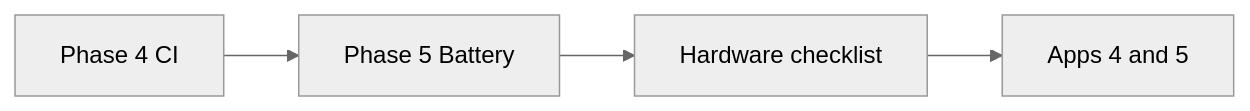
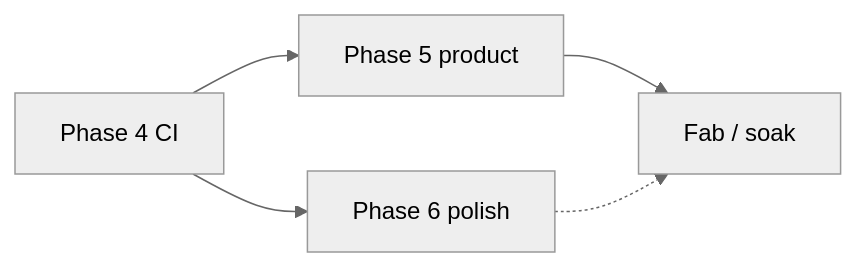
One commit to CosmosKiller/comsosFivePieceBasis changed the second of 2 diagrams in docs/POLISH_PLAN.md. Above: the diagram before and after it, drawn with Mermaid (neutral theme). The commit also changed other lines of this file and 35 other files, not shown here.

First line of the commit message:
Enable battery on SKU 4/5, add PCB prompts, and start Phase 6 polish.

````diff
--- a/docs/POLISH_PLAN.md
+++ b/docs/POLISH_PLAN.md
@@ -187,6 +203,7 @@
 ```mermaid
 flowchart LR
-  P4[Phase 4 CI] --> P5a[Phase 5 Battery]
-  P5a --> P5b[Hardware checklist]
-  P5b --> P5c[Apps 4 and 5]
+  P4[Phase 4 CI] --> P5[Phase 5 product]
+  P5 --> P5fab[Fab / soak]
+  P4 --> P6[Phase 6 polish]
+  P6 -.-> P5fab
 ```
````
